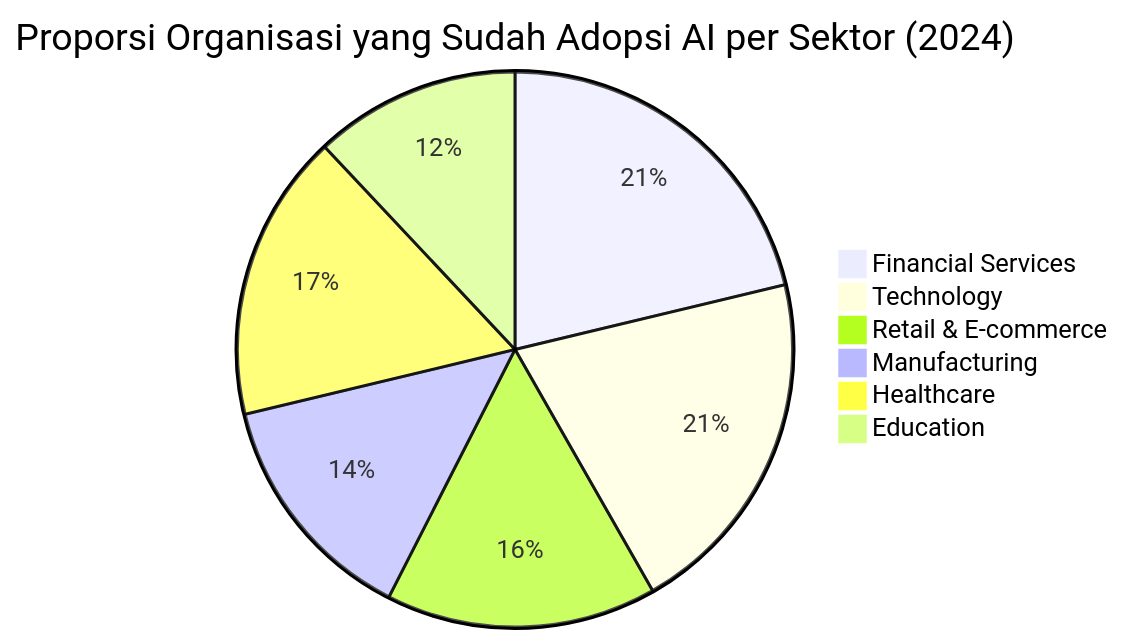
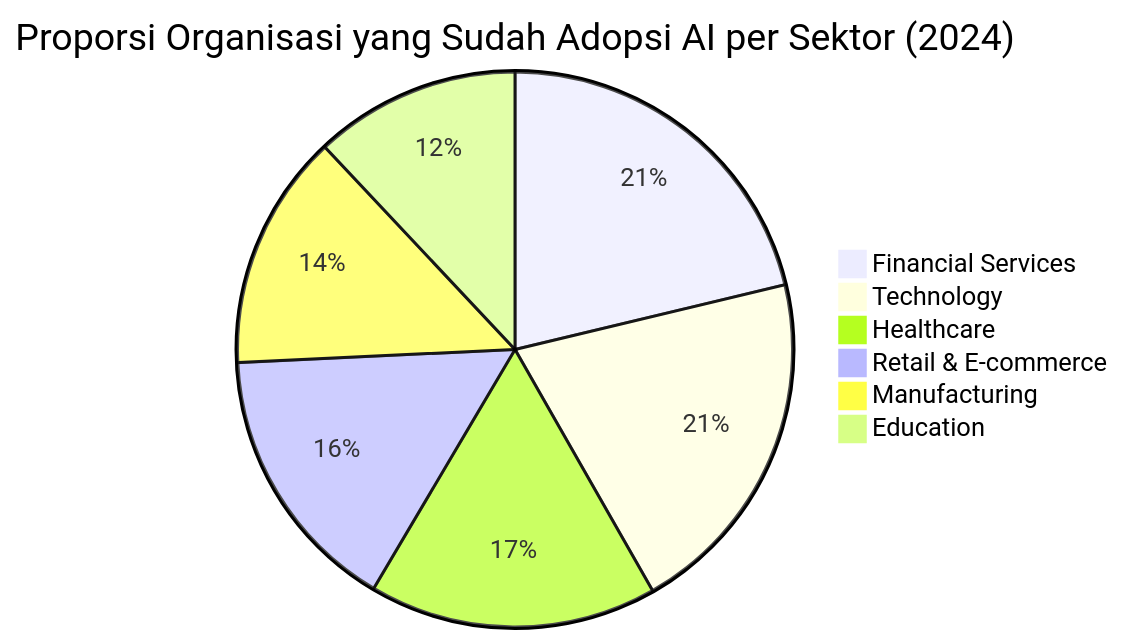
One commit to rahardjo-glenvio/CyberAtlas changed the diagram in explore/ai-security/ai-dalam-kehidupan-sehari-hari.md. Above: the diagram before and after it, drawn with Mermaid. The commit also changed other lines of this file and 2 other files, not shown here.

````diff
--- a/explore/ai-security/ai-dalam-kehidupan-sehari-hari.md
+++ b/explore/ai-security/ai-dalam-kehidupan-sehari-hari.md
@@ -153,9 +83,9 @@
 ```mermaid
 pie title Proporsi Organisasi yang Sudah Adopsi AI per Sektor (2024)
     "Financial Services" : 85
     "Technology" : 82
+    "Healthcare" : 67
     "Retail & E-commerce" : 63
     "Manufacturing" : 55
-    "Healthcare" : 67
     "Education" : 48
 ```
````
